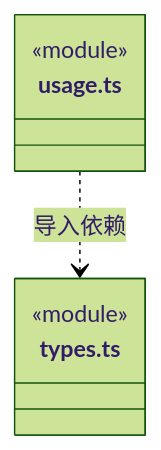
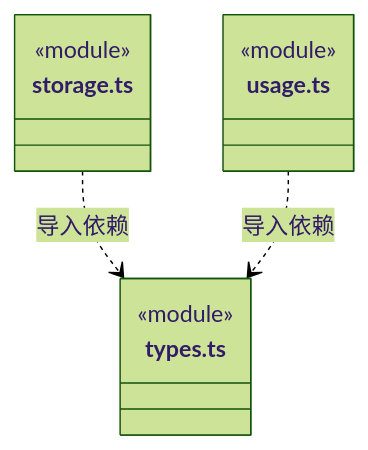
One commit to nan023062/cbim changed the third of 11 diagrams in src/backend/core/brain/ARCHITECTURE.md. Above: the diagram before and after it, drawn with Mermaid (forest theme). The commit also changed other lines of this file and 72 other files, not shown here.

````diff
--- a/src/backend/core/brain/ARCHITECTURE.md
+++ b/src/backend/core/brain/ARCHITECTURE.md
@@ -81,10 +83,14 @@
 ```mermaid
 classDiagram
+class N_src_backend_core_brain_storage_ts["storage.ts"] {
+  <<module>>
+}
 class N_src_backend_core_brain_types_ts["types.ts"] {
   <<module>>
 }
 class N_src_backend_core_brain_usage_ts["usage.ts"] {
   <<module>>
 }
+N_src_backend_core_brain_storage_ts ..> N_src_backend_core_brain_types_ts : 导入依赖
 N_src_backend_core_brain_usage_ts ..> N_src_backend_core_brain_types_ts : 导入依赖
 ```
````
